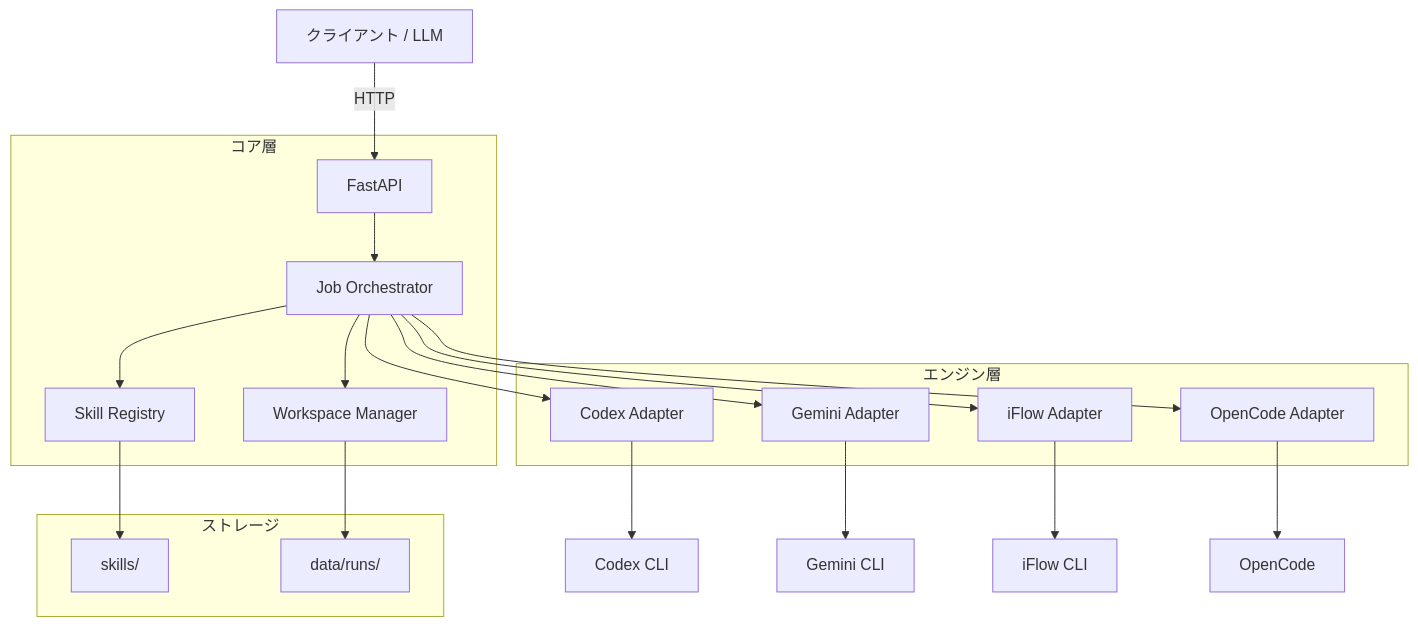
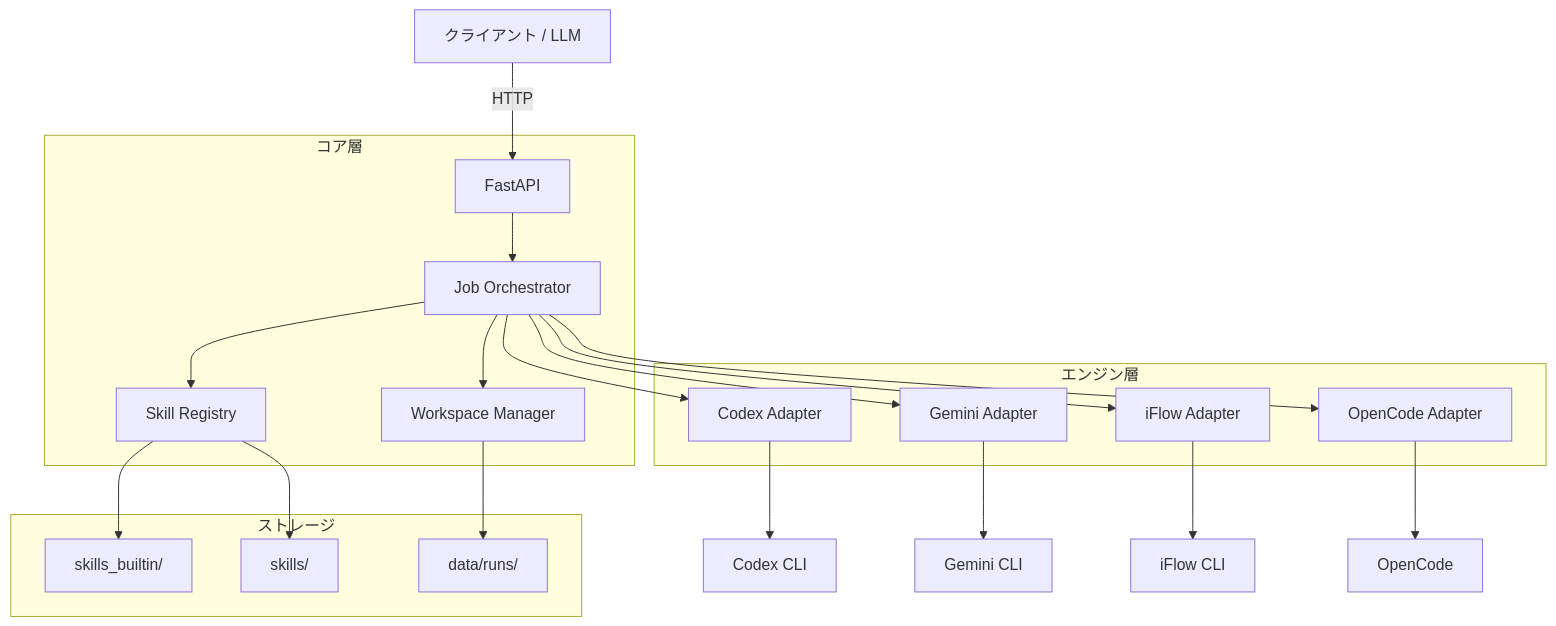
Before and after one commit to leike0813/Skill-Runner: the diagram in README_JA.md, drawn with Mermaid. The commit also changed other lines of this file and 39 other files, not shown here.

````diff
--- a/README_JA.md
+++ b/README_JA.md
@@ -267,27 +269,28 @@
 ```mermaid
 graph TD
     Client[クライアント / LLM] -->|HTTP| API[FastAPI]
     
     subgraph コア層
         API --> Orchestrator[Job Orchestrator]
         Orchestrator --> Registry[Skill Registry]
         Orchestrator --> Workspace[Workspace Manager]
     end
 
     subgraph エンジン層
         Orchestrator --> Codex[Codex Adapter]
         Orchestrator --> Gemini[Gemini Adapter]
         Orchestrator --> IFlow[iFlow Adapter]
         Orchestrator --> OpenCode[OpenCode Adapter]
     end
 
     subgraph ストレージ
-        Registry --> Skills[skills/]
+        Registry --> BuiltinSkills[skills_builtin/]
+        Registry --> UserSkills[skills/]
         Workspace --> Runs[data/runs/]
     end
 
     Codex --> CodexCLI[Codex CLI]
     Gemini --> GeminiCLI[Gemini CLI]
     IFlow --> IFlowCLI[iFlow CLI]
     OpenCode --> OpenCodeCLI[OpenCode]
 ```
````
